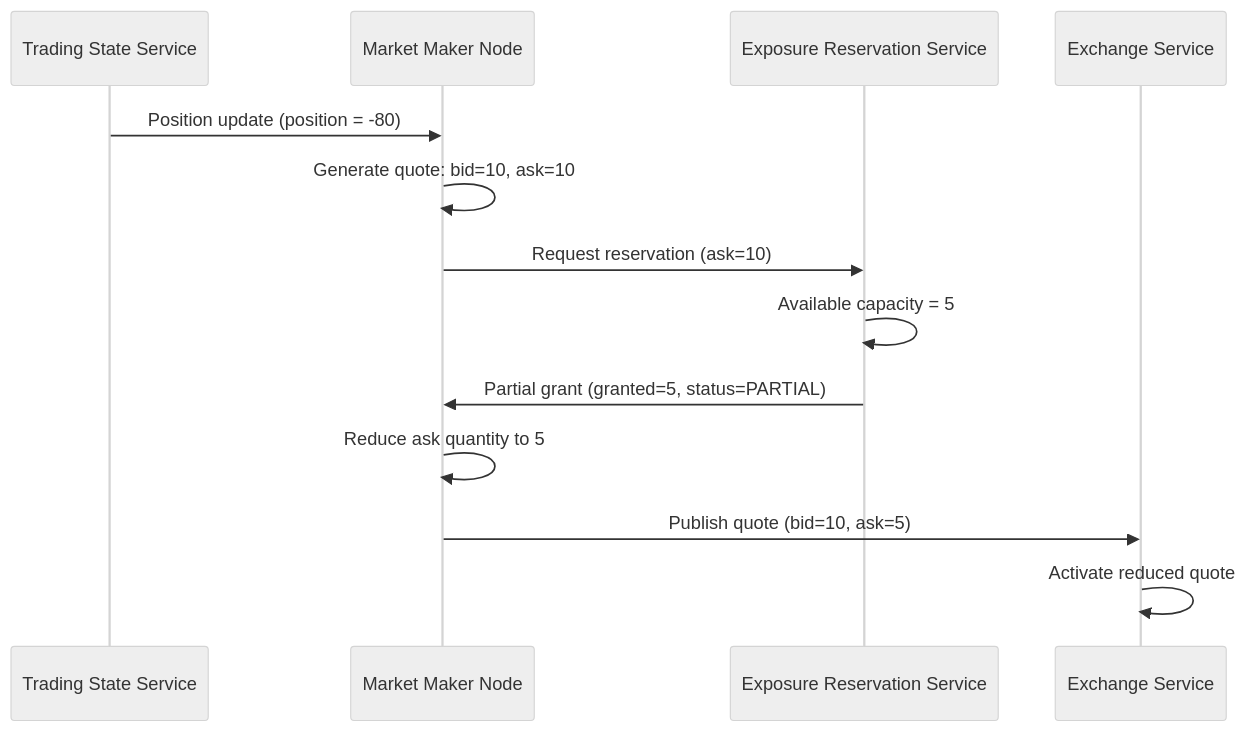
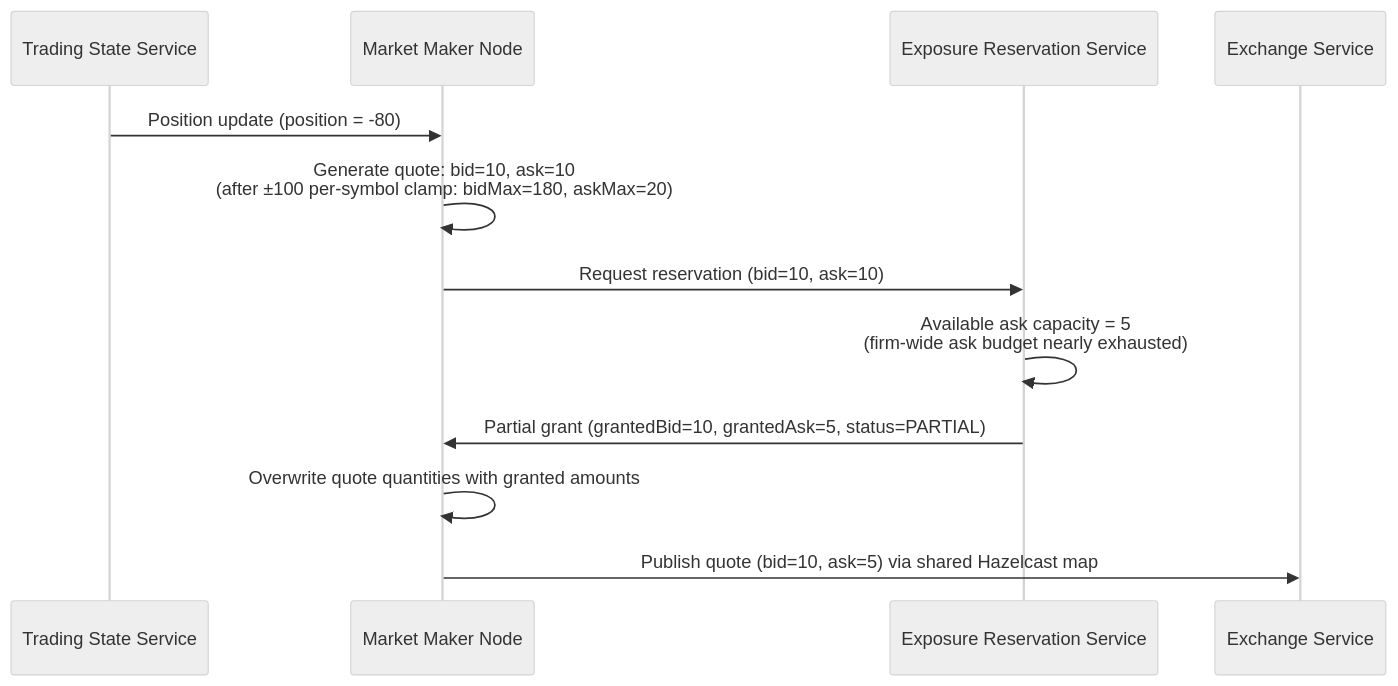
One commit to TaniDiament/Velocity-Trading changed the sixth of 12 diagrams in docs/workflows.md. Above: the diagram before and after it, drawn with Mermaid (neutral theme). The commit also changed other lines of this file, not shown here.

````diff
--- a/docs/workflows.md
+++ b/docs/workflows.md
@@ -87,15 +88,14 @@
 ```mermaid
 sequenceDiagram
   participant state as Trading State Service
   participant maker as Market Maker Node
   participant reservation as Exposure Reservation Service
   participant exchange as Exchange Service
   state->>maker: Position update (position = -80)
-  maker->>maker: Generate quote: bid=10, ask=10
-  maker->>reservation: Request reservation (ask=10)
-  reservation->>reservation: Available capacity = 5
-  reservation->>maker: Partial grant (granted=5, status=PARTIAL)
-  maker->>maker: Reduce ask quantity to 5
-  maker->>exchange: Publish quote (bid=10, ask=5)
-  exchange->>exchange: Activate reduced quote
+  maker->>maker: Generate quote: bid=10, ask=10<br/>(after ±100 per-symbol clamp: bidMax=180, askMax=20)
+  maker->>reservation: Request reservation (bid=10, ask=10)
+  reservation->>reservation: Available ask capacity = 5<br/>(firm-wide ask budget nearly exhausted)
+  reservation->>maker: Partial grant (grantedBid=10, grantedAsk=5, status=PARTIAL)
+  maker->>maker: Overwrite quote quantities with granted amounts
+  maker->>exchange: Publish quote (bid=10, ask=5) via shared Hazelcast map
 ```
````
